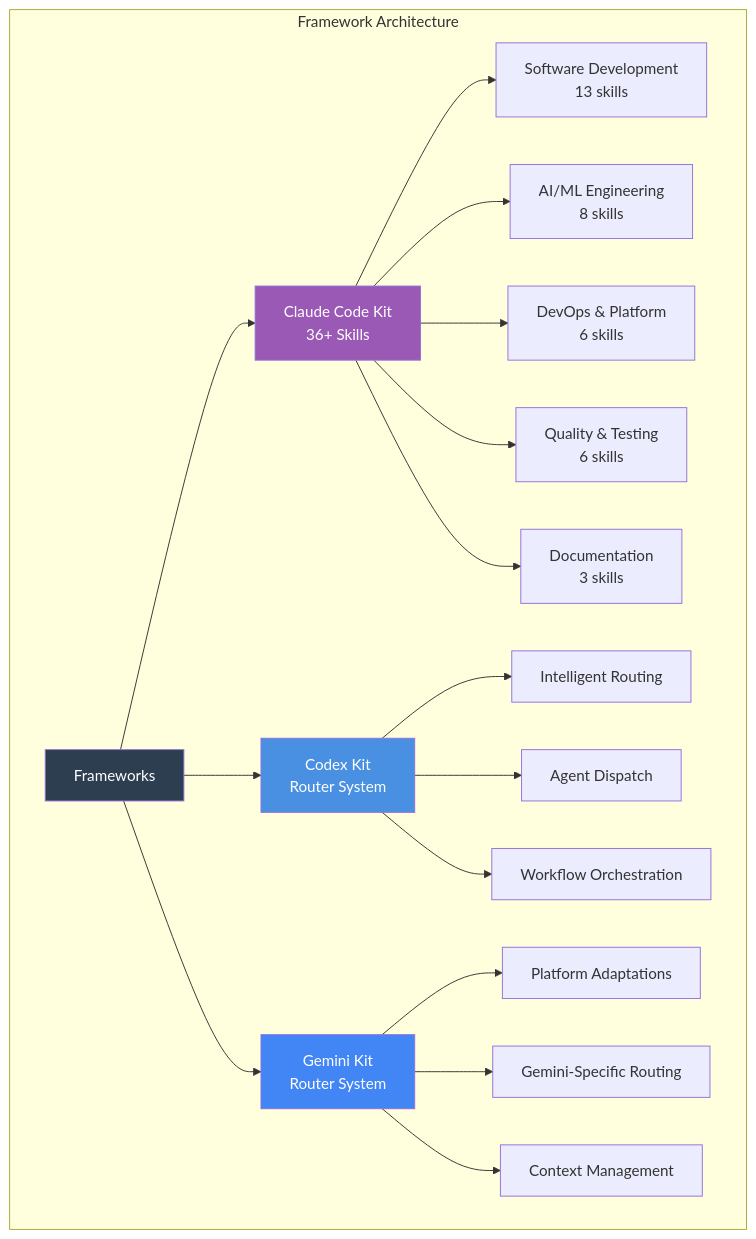
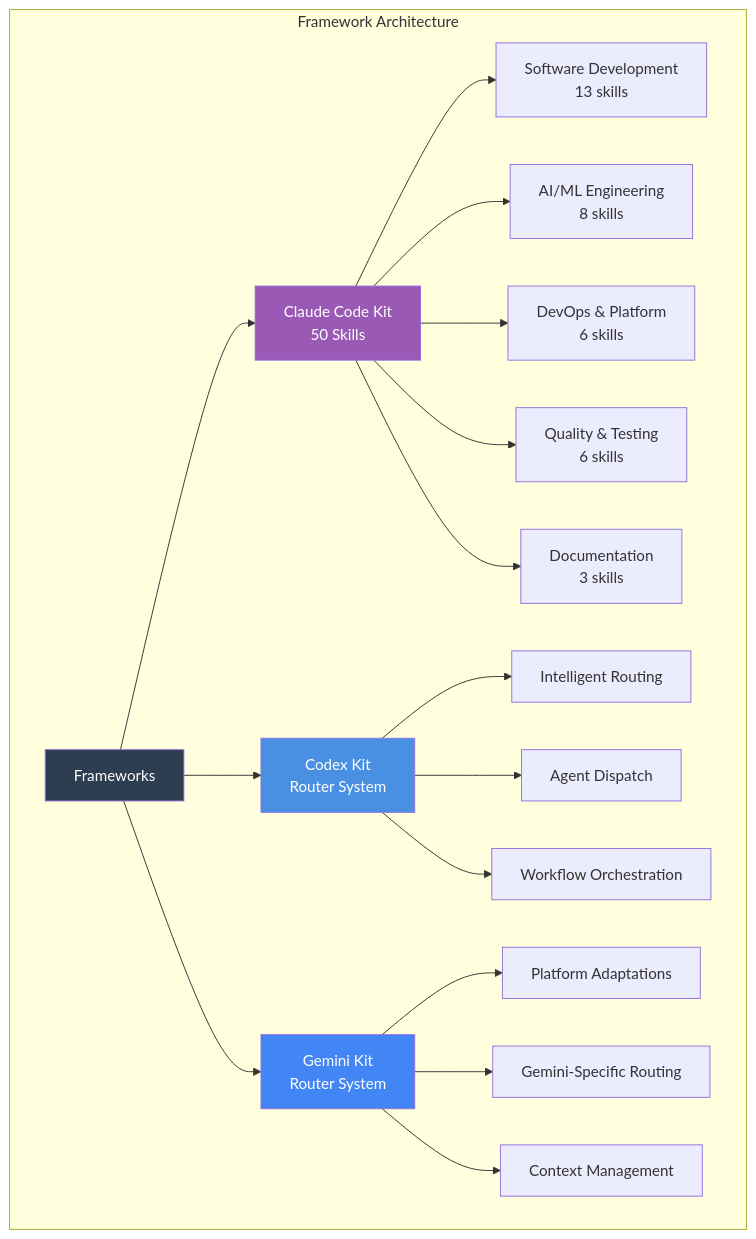
The first of 4 diagrams in frameworks/README.md (vasilyu1983/AI-Agents-public), drawn with Mermaid before and after one commit. The commit also changed other lines of this file and 79 other files, not shown here.

````diff
--- a/frameworks/README.md
+++ b/frameworks/README.md
@@ -9,27 +9,27 @@
 ```mermaid
 graph TB
     subgraph "Framework Architecture"
-        A[Frameworks] --> B[Claude Code Kit<br/>36+ Skills]
+        A[Frameworks] --> B[Claude Code Kit<br/>50 Skills]
         A --> C[Codex Kit<br/>Router System]
         A --> D[Gemini Kit<br/>Router System]
 
         B --> B1[Software Development<br/>13 skills]
         B --> B2[AI/ML Engineering<br/>8 skills]
         B --> B3[DevOps & Platform<br/>6 skills]
         B --> B4[Quality & Testing<br/>6 skills]
         B --> B5[Documentation<br/>3 skills]
 
         C --> C1[Intelligent Routing]
         C --> C2[Agent Dispatch]
         C --> C3[Workflow Orchestration]
 
         D --> D1[Platform Adaptations]
         D --> D2[Gemini-Specific Routing]
         D --> D3[Context Management]
     end
 
     style A fill:#2C3E50,color:#fff
     style B fill:#9B59B6,color:#fff
     style C fill:#4A90E2,color:#fff
     style D fill:#4285F4,color:#fff
 ```
````
